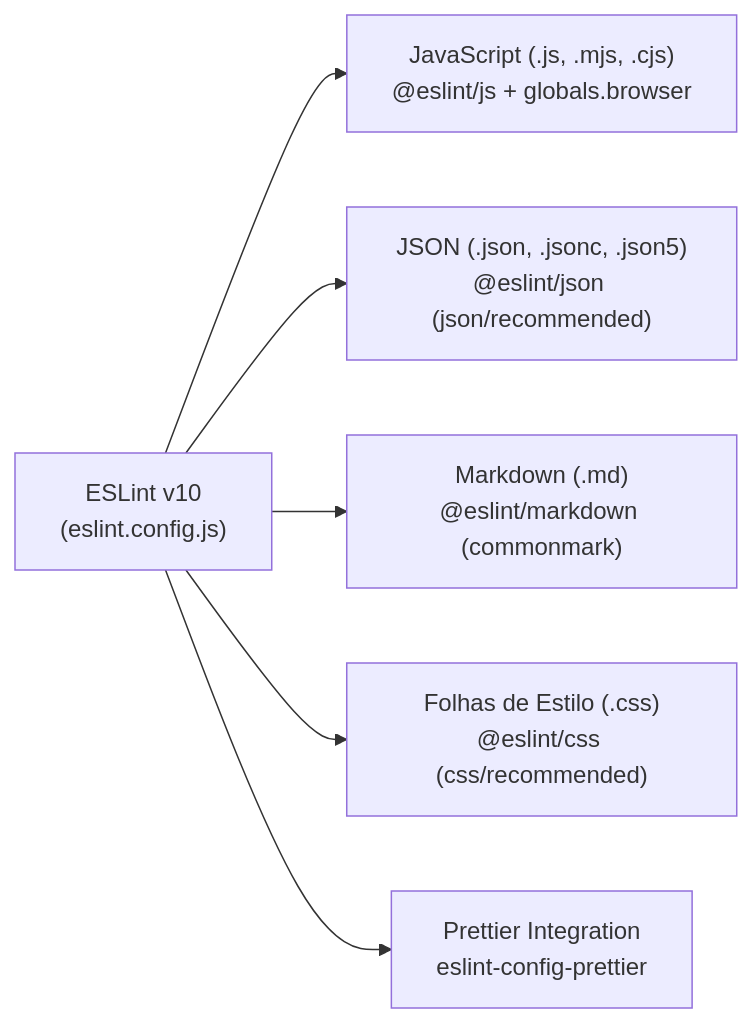
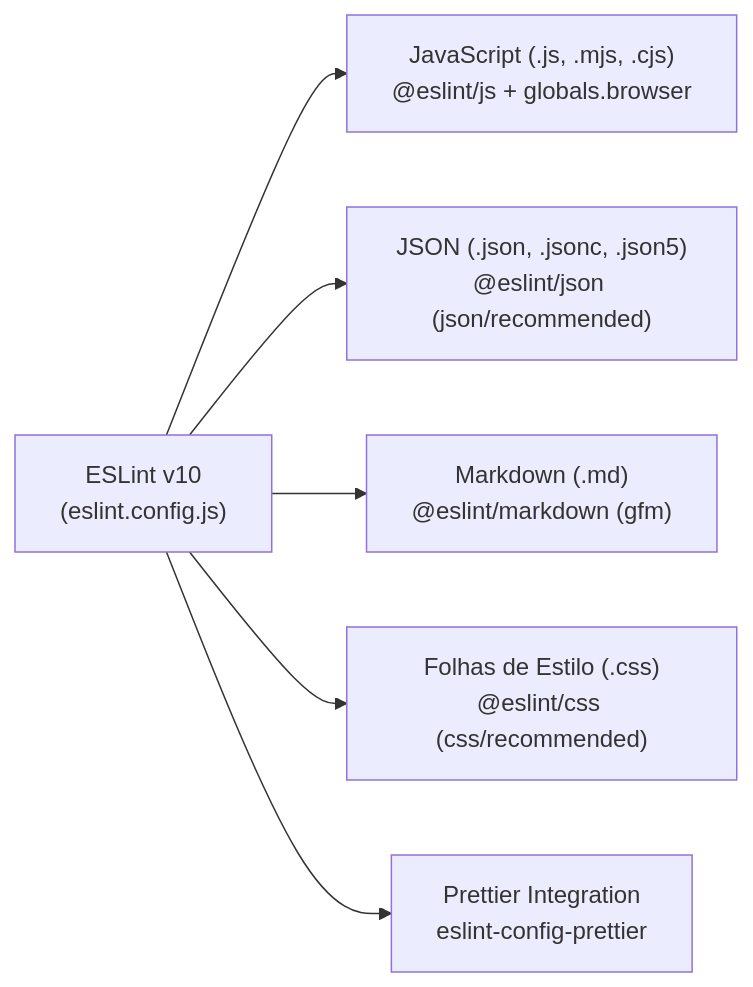
The diagram in docs/quality/static_analysis.md (luizcanet/mandaumpix.app), drawn with Mermaid before and after one commit. The commit also changed other lines of this file and 13 other files, not shown here.

Commit message:
docs: update changelog and architecture documentation with firebase hosting decisions

````diff
--- a/docs/quality/static_analysis.md
+++ b/docs/quality/static_analysis.md
@@ -11,8 +11,8 @@
 ```mermaid
 flowchart LR
     ESLint["ESLint v10<br/>(eslint.config.js)"] --> JS["JavaScript (.js, .mjs, .cjs)<br/>@eslint/js + globals.browser"]
     ESLint --> JSON["JSON (.json, .jsonc, .json5)<br/>@eslint/json (json/recommended)"]
-    ESLint --> MD["Markdown (.md)<br/>@eslint/markdown (commonmark)"]
+    ESLint --> MD["Markdown (.md)<br/>@eslint/markdown (gfm)"]
     ESLint --> CSS["Folhas de Estilo (.css)<br/>@eslint/css (css/recommended)"]
     ESLint --> Prettier["Prettier Integration<br/>eslint-config-prettier"]
 ```
````
